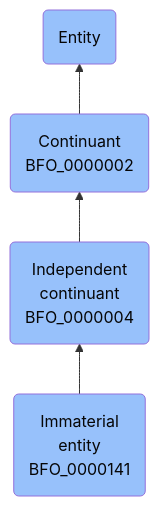
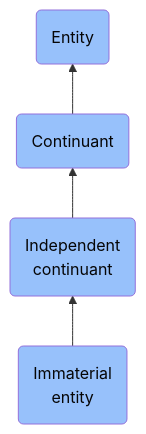
One commit to jupyter-naas/abi changed the diagram in docs/ontology/reference/model/Entity/Continuant/Independent continuant/Immaterial entity/Immaterial entity.md. Above: the diagram before and after it, drawn with Mermaid. The commit also changed other lines of this file and 1430 other files, not shown here.

````diff
--- a/docs/ontology/reference/model/Entity/Continuant/Independent continuant/Immaterial entity/Immaterial entity.md
+++ b/docs/ontology/reference/model/Entity/Continuant/Independent continuant/Immaterial entity/Immaterial entity.md
@@ -24,11 +24,11 @@
 ```mermaid
 graph BT
-    BFO_0000141(Immaterial<br>entity<br>BFO_0000141):::BFO-->BFO_0000004
-    BFO_0000004(Independent<br>continuant<br>BFO_0000004):::BFO-->BFO_0000002
-    BFO_0000002(Continuant<br>BFO_0000002):::BFO-->BFO_0000001
+    BFO_0000141(Immaterial<br>entity):::BFO-->BFO_0000004
+    BFO_0000004(Independent<br>continuant):::BFO-->BFO_0000002
+    BFO_0000002(Continuant):::BFO-->BFO_0000001
     BFO_0000001(Entity):::BFO
     
     classDef BFO fill:#97c1fb,color:#060606
     classDef CCO fill:#e4c51e,color:#060606
     classDef ABI fill:#48DD82,color:#060606
 ```
````
